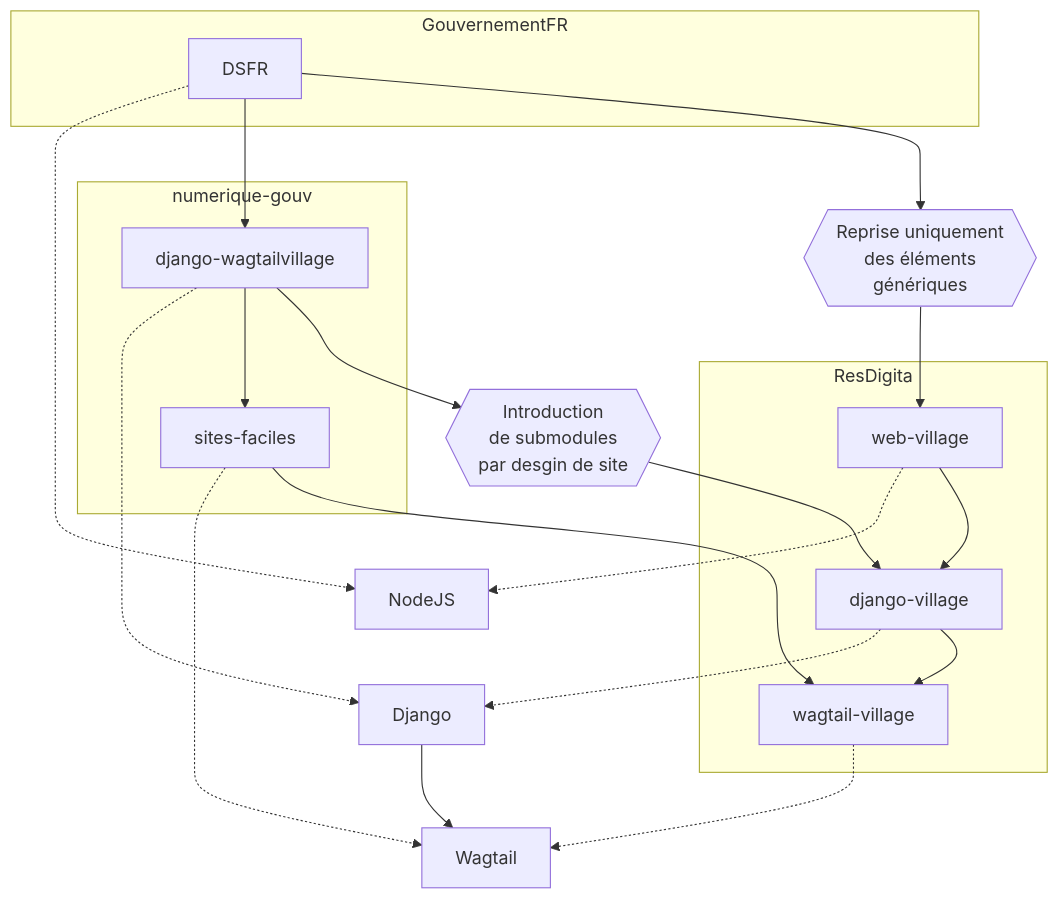
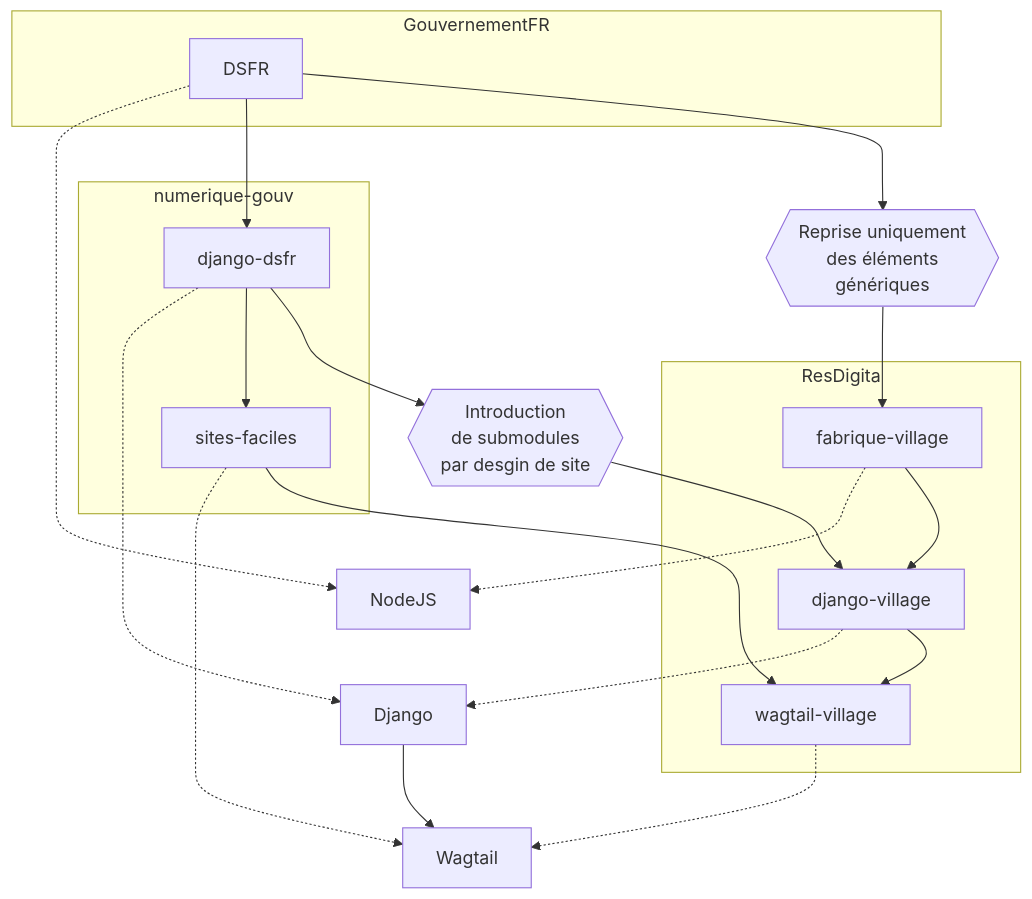
The diagram in README.md (chris2fr/wagtail-village), drawn with Mermaid before and after one commit.

````diff
--- a/README.md
+++ b/README.md
@@ -21,37 +21,37 @@
 ```mermaid
 flowchart TD
 
 subgraph GouvernementFR
 	DSFR
 end
 subgraph numerique-gouv
-	django-wagtailvillage
+	django-dsfr
 	sites-faciles
 end
 subgraph ResDigita 
-	web-village
+	fabrique-village
 	django-village
 	wagtail-village
 end
 
 
-django-wagtailvillage -.-> Django 
- sites-faciles-.-> Wagtail 
- django-village -.-> Django
+django-dsfr -.-> Django 
+sites-faciles-.-> Wagtail 
+django-village -.-> Django
 wagtail-village -.-> Wagtail 
 DSFR -.-> NodeJS 
-web-village  -.-> NodeJS 
+fabrique-village  -.-> NodeJS 
 
-DSFR --> django-wagtailvillage
-django-wagtailvillage --> sites-faciles
+DSFR --> django-dsfr
+django-dsfr --> sites-faciles
 DSFR --> uniquement-generique{{Reprise uniquement\ndes éléments\ngénériques}}
-uniquement-generique --> web-village
-web-village --> django-village
+uniquement-generique --> fabrique-village
+fabrique-village --> django-village
 
-django-wagtailvillage --> intro-submodules{{Introduction\nde submodules\npar desgin de site}}
+django-dsfr --> intro-submodules{{Introduction\nde submodules\npar desgin de site}}
 intro-submodules --> django-village
 django-village --> wagtail-village
 sites-faciles --> wagtail-village
 
 Django --> Wagtail
 ```
````
